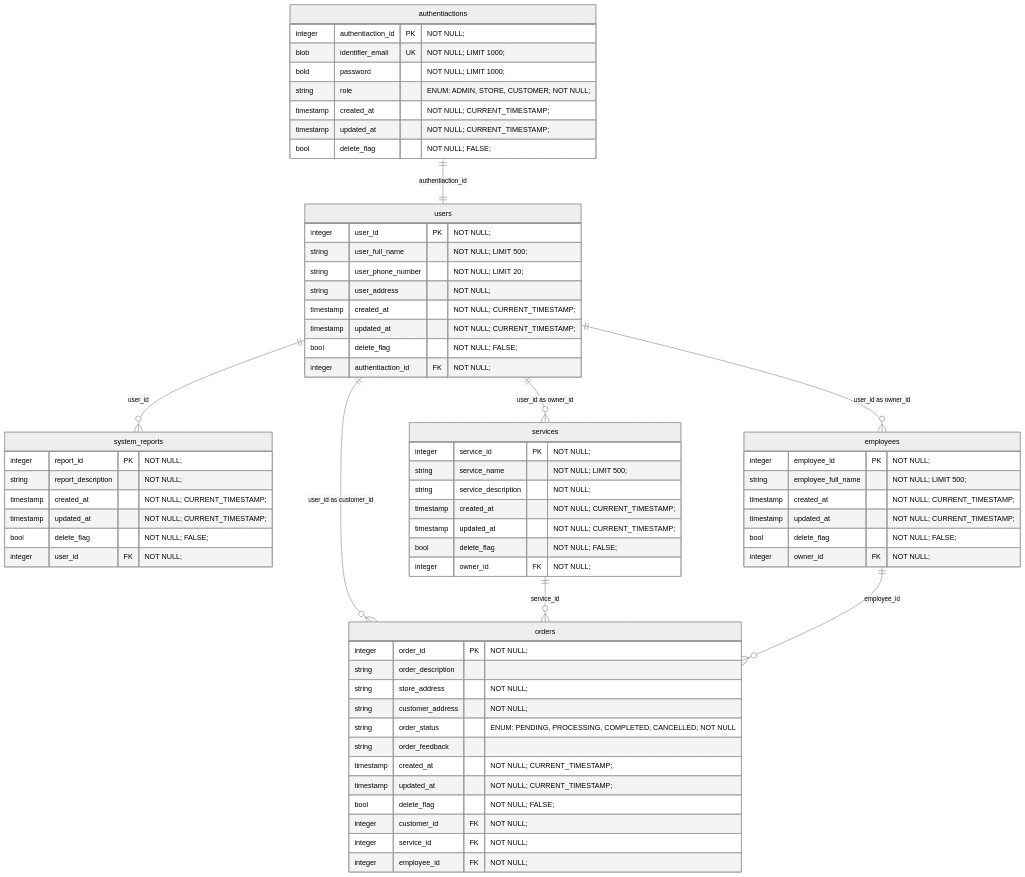
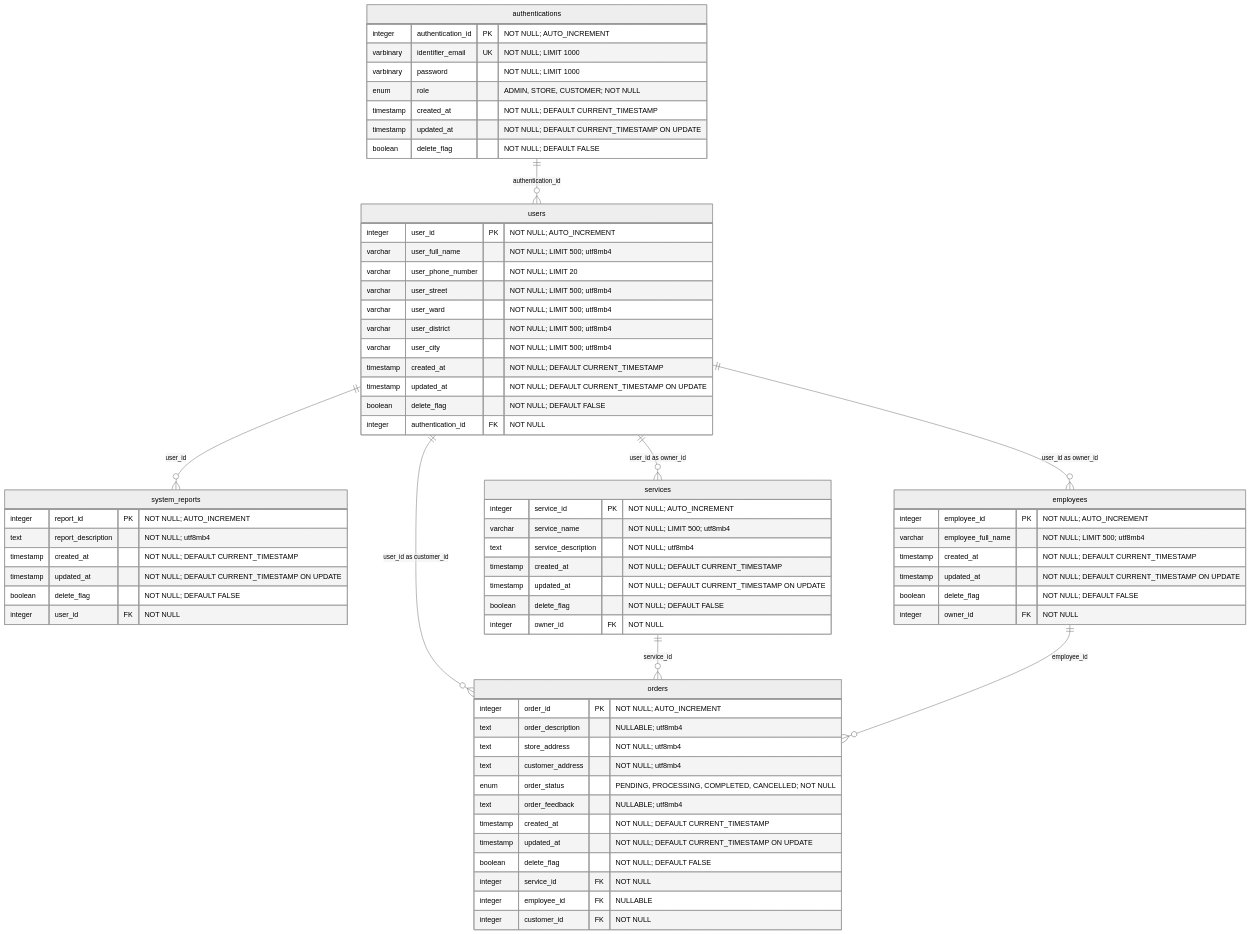
Before and after one commit to qthiendev/Repair-Dash-System-BE: the diagram in src/docs/Database-v1.md, drawn with Mermaid (neutral theme). The commit also changed 5 other files, not shown here.

````diff
--- a/src/docs/Database-v1.md
+++ b/src/docs/Database-v1.md
@@ -5,74 +5,77 @@
 ```mermaid
 erDiagram
-    authentiactions ||--|| users : "authentiaction_id"
+    authentications ||--o{ users : "authentication_id"
     users ||--o{ system_reports : "user_id"
     users ||--o{ employees : "user_id as owner_id"
     users ||--o{ services : "user_id as owner_id"
     users ||--o{ orders : "user_id as customer_id"
     services ||--o{ orders : "service_id"
     employees ||--o{ orders : "employee_id"
 
-    authentiactions {
-        integer authentiaction_id PK "NOT NULL;"
-        blob identifier_email UK "NOT NULL; LIMIT 1000;"
-        bold password "NOT NULL; LIMIT 1000;"
-        string role "ENUM: ADMIN, STORE, CUSTOMER; NOT NULL;"
-        timestamp created_at "NOT NULL; CURRENT_TIMESTAMP;"
-        timestamp updated_at "NOT NULL; CURRENT_TIMESTAMP;"
-        bool delete_flag "NOT NULL; FALSE;"
+    authentications {
+        integer authentication_id PK "NOT NULL; AUTO_INCREMENT"
+        varbinary identifier_email UK "NOT NULL; LIMIT 1000"
+        varbinary password "NOT NULL; LIMIT 1000"
+        enum role "ADMIN, STORE, CUSTOMER; NOT NULL"
+        timestamp created_at "NOT NULL; DEFAULT CURRENT_TIMESTAMP"
+        timestamp updated_at "NOT NULL; DEFAULT CURRENT_TIMESTAMP ON UPDATE"
+        boolean delete_flag "NOT NULL; DEFAULT FALSE"
     }
 
     users {
-        integer user_id PK "NOT NULL;"
-        string user_full_name "NOT NULL; LIMIT 500;"
-        string user_phone_number "NOT NULL; LIMIT 20;"
-        string user_address "NOT NULL;"
-        timestamp created_at "NOT NULL; CURRENT_TIMESTAMP;"
-        timestamp updated_at "NOT NULL; CURRENT_TIMESTAMP;"
-        bool delete_flag "NOT NULL; FALSE;"
-        integer authentiaction_id FK "NOT NULL;"
+        integer user_id PK "NOT NULL; AUTO_INCREMENT"
+        varchar user_full_name "NOT NULL; LIMIT 500; utf8mb4"
+        varchar user_phone_number "NOT NULL; LIMIT 20"
+        varchar user_street "NOT NULL; LIMIT 500; utf8mb4"
+        varchar user_ward "NOT NULL; LIMIT 500; utf8mb4"
+        varchar user_district "NOT NULL; LIMIT 500; utf8mb4"
+        varchar user_city "NOT NULL; LIMIT 500; utf8mb4"
+        timestamp created_at "NOT NULL; DEFAULT CURRENT_TIMESTAMP"
+        timestamp updated_at "NOT NULL; DEFAULT CURRENT_TIMESTAMP ON UPDATE"
+        boolean delete_flag "NOT NULL; DEFAULT FALSE"
+        integer authentication_id FK "NOT NULL"
     }
 
     system_reports {
-        integer report_id PK "NOT NULL;"
-        string report_description "NOT NULL;"
-        timestamp created_at "NOT NULL; CURRENT_TIMESTAMP;"
-        timestamp updated_at "NOT NULL; CURRENT_TIMESTAMP;"
-        bool delete_flag "NOT NULL; FALSE;"
-        integer user_id FK "NOT NULL;"
+        integer report_id PK "NOT NULL; AUTO_INCREMENT"
+        text report_description "NOT NULL; utf8mb4"
+        timestamp created_at "NOT NULL; DEFAULT CURRENT_TIMESTAMP"
+        timestamp updated_at "NOT NULL; DEFAULT CURRENT_TIMESTAMP ON UPDATE"
+        boolean delete_flag "NOT NULL; DEFAULT FALSE"
+        integer user_id FK "NOT NULL"
     }
 
     employees {
-        integer employee_id PK "NOT NULL;"
-        string employee_full_name "NOT NULL; LIMIT 500;"
-        timestamp created_at "NOT NULL; CURRENT_TIMESTAMP;"
-        timestamp updated_at "NOT NULL; CURRENT_TIMESTAMP;"
-        bool delete_flag "NOT NULL; FALSE;"
-        integer owner_id FK "NOT NULL;"
+        integer employee_id PK "NOT NULL; AUTO_INCREMENT"
+        varchar employee_full_name "NOT NULL; LIMIT 500; utf8mb4"
+        timestamp created_at "NOT NULL; DEFAULT CURRENT_TIMESTAMP"
+        timestamp updated_at "NOT NULL; DEFAULT CURRENT_TIMESTAMP ON UPDATE"
+        boolean delete_flag "NOT NULL; DEFAULT FALSE"
+        integer owner_id FK "NOT NULL"
     }
 
     services {
-        integer service_id PK "NOT NULL;"
-        string service_name "NOT NULL; LIMIT 500;"
-        string service_description "NOT NULL;"
-        timestamp created_at "NOT NULL; CURRENT_TIMESTAMP;"
-        timestamp updated_at "NOT NULL; CURRENT_TIMESTAMP;"
-        bool delete_flag "NOT NULL; FALSE;"
-        integer owner_id FK "NOT NULL;"
+        integer service_id PK "NOT NULL; AUTO_INCREMENT"
+        varchar service_name "NOT NULL; LIMIT 500; utf8mb4"
+        text service_description "NOT NULL; utf8mb4"
+        timestamp created_at "NOT NULL; DEFAULT CURRENT_TIMESTAMP"
+        timestamp updated_at "NOT NULL; DEFAULT CURRENT_TIMESTAMP ON UPDATE"
+        boolean delete_flag "NOT NULL; DEFAULT FALSE"
+        integer owner_id FK "NOT NULL"
     }
 
     orders {
-        integer order_id PK "NOT NULL;"
-        string order_description 
-        string store_address "NOT NULL;"
-        string customer_address "NOT NULL;"
-        string order_status "ENUM: PENDING, PROCESSING, COMPLETED, CANCELLED; NOT NULL"
-        string order_feedback
-        timestamp created_at "NOT NULL; CURRENT_TIMESTAMP;"
-        timestamp updated_at "NOT NULL; CURRENT_TIMESTAMP;"
-        bool delete_flag "NOT NULL; FALSE;"
-        integer customer_id FK "NOT NULL;"
-        integer service_id FK "NOT NULL;"
-        integer employee_id FK "NOT NULL;"
+        integer order_id PK "NOT NULL; AUTO_INCREMENT"
+        text order_description "NULLABLE; utf8mb4"
+        text store_address "NOT NULL; utf8mb4"
+        text customer_address "NOT NULL; utf8mb4"
+        enum order_status "PENDING, PROCESSING, COMPLETED, CANCELLED; NOT NULL"
+        text order_feedback "NULLABLE; utf8mb4"
+        timestamp created_at "NOT NULL; DEFAULT CURRENT_TIMESTAMP"
+        timestamp updated_at "NOT NULL; DEFAULT CURRENT_TIMESTAMP ON UPDATE"
+        boolean delete_flag "NOT NULL; DEFAULT FALSE"
+        integer service_id FK "NOT NULL"
+        integer employee_id FK "NULLABLE"
+        integer customer_id FK "NOT NULL"
     }
 ```
````
